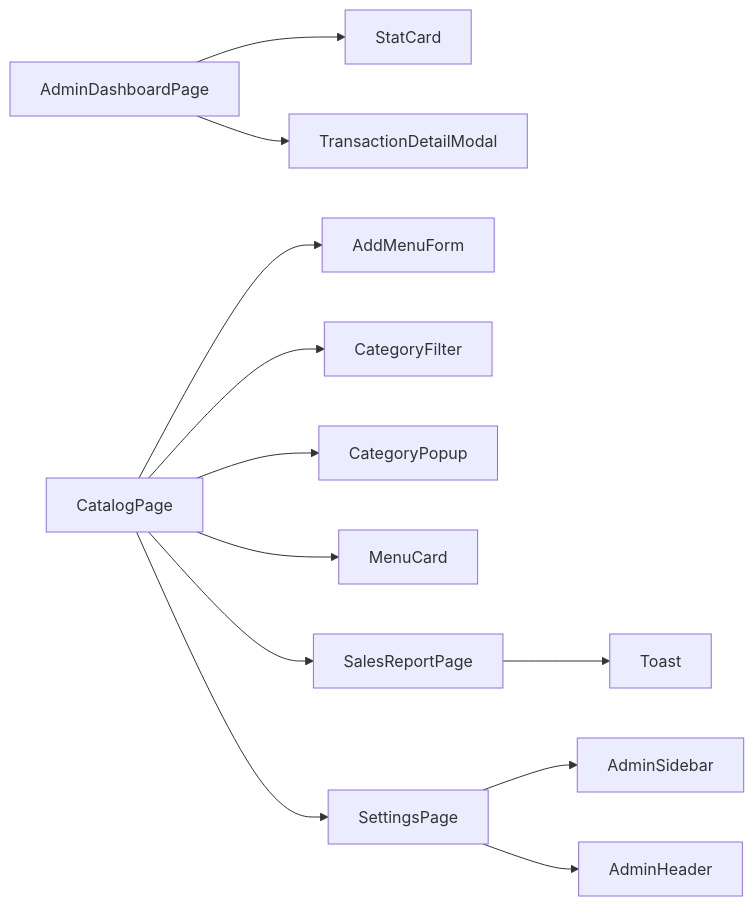
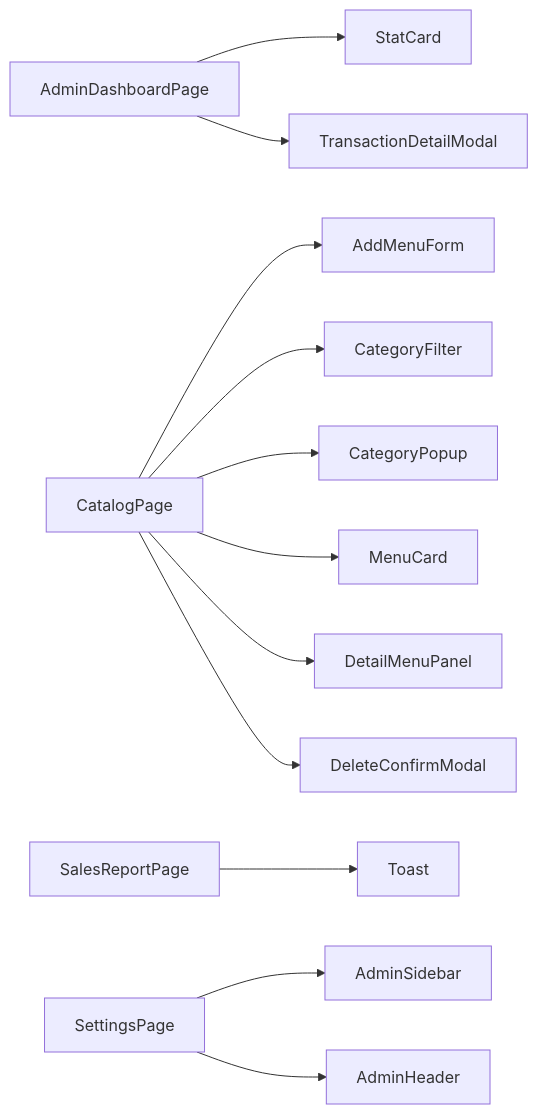
The eighth of 20 diagrams in FLOWCHART.md (ricky-blip/pos-frontend), drawn with Mermaid before and after one commit. The commit also changed other lines of this file, not shown here.

Commit message:
update flowchart

````diff
--- a/FLOWCHART.md
+++ b/FLOWCHART.md
@@ -225,17 +287,17 @@
 ```mermaid
 flowchart LR
-    A[AdminDashboardPage] --> B[StatCard]
-    A --> C[TransactionDetailModal]
+    A1[AdminDashboardPage] --> B1[StatCard]
+    A1 --> C1[TransactionDetailModal]
 
-    H[CatalogPage] --> D[AddMenuForm]
-    H --> E[CategoryFilter]
-    H --> F[CategoryPopup]
-    H --> G[MenuCard]
-    H --> I[DetailMenuPanel]
-    H --> J[DeleteConfirmModal]
+    D1[CatalogPage] --> E1[AddMenuForm]
+    D1 --> F1[CategoryFilter]
+    D1 --> G1[CategoryPopup]
+    D1 --> H1[MenuCard]
+    D1 --> I1[DetailMenuPanel]
+    D1 --> J1[DeleteConfirmModal]
 
-    I[SalesReportPage] --> K[Toast]
+    K1[SalesReportPage] --> L1[Toast]
 
-    J[SettingsPage] --> L[AdminSidebar]
-    J --> M[AdminHeader]
+    M1[SettingsPage] --> N1[AdminSidebar]
+    M1 --> O1[AdminHeader]
 ```
````
